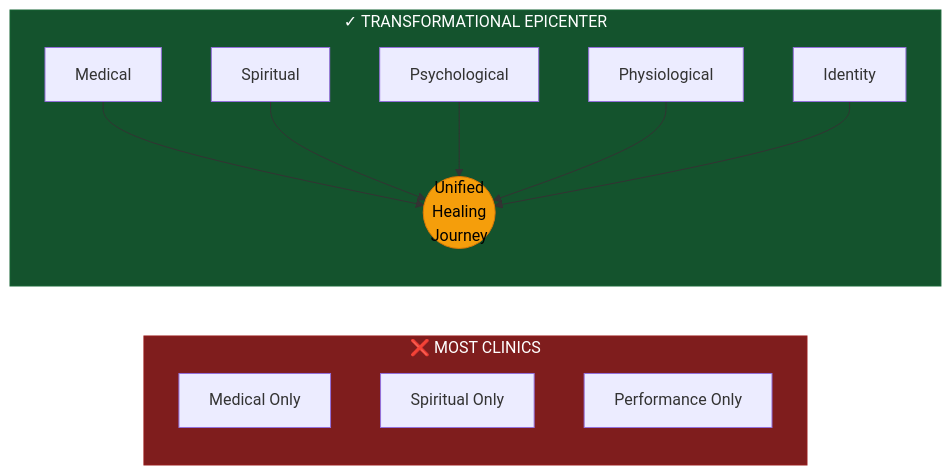
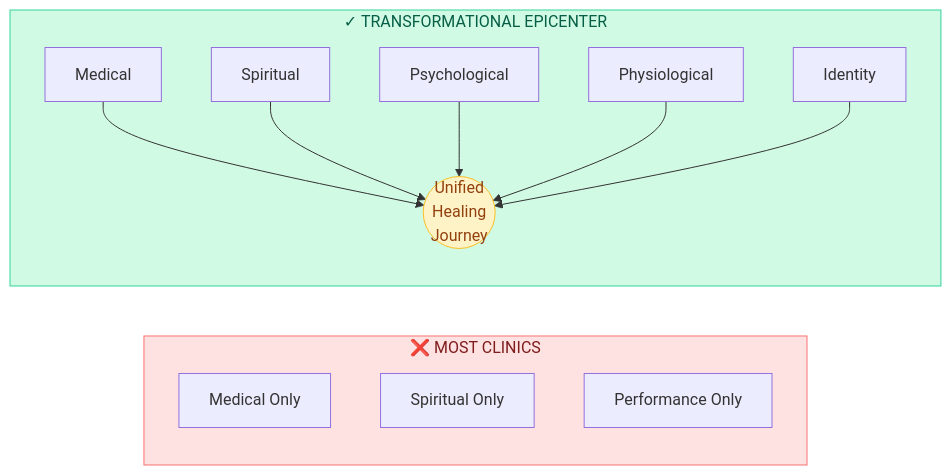
Before and after one commit to Light-Brands/epic-center: the third of 13 diagrams in docs/MARKET_RESEARCH.md, drawn with Mermaid. The commit also changed other lines of this file, not shown here.

First line of the commit message:
docs: Update mermaid diagram colors to softer palette

````diff
--- a/docs/MARKET_RESEARCH.md
+++ b/docs/MARKET_RESEARCH.md
@@ -238,22 +238,22 @@
 ```mermaid
 flowchart LR
     subgraph COMPETITORS["❌ MOST CLINICS"]
         direction TB
         C1[Medical Only]
         C2[Spiritual Only]
         C3[Performance Only]
     end
 
     subgraph EPICENTER["✓ TRANSFORMATIONAL EPICENTER"]
         direction TB
         M[Medical] --> U((Unified<br/>Healing<br/>Journey))
         S[Spiritual] --> U
         PS[Psychological] --> U
         PH[Physiological] --> U
         I[Identity] --> U
     end
 
-    style COMPETITORS fill:#7f1d1d,stroke:#991b1b,color:#fff
-    style EPICENTER fill:#14532d,stroke:#166534,color:#fff
-    style U fill:#f59e0b,stroke:#d97706,color:#000
+    style COMPETITORS fill:#fee2e2,stroke:#f87171,color:#7f1d1d
+    style EPICENTER fill:#d1fae5,stroke:#34d399,color:#065f46
+    style U fill:#fef3c7,stroke:#fbbf24,color:#92400e
 ```
````
